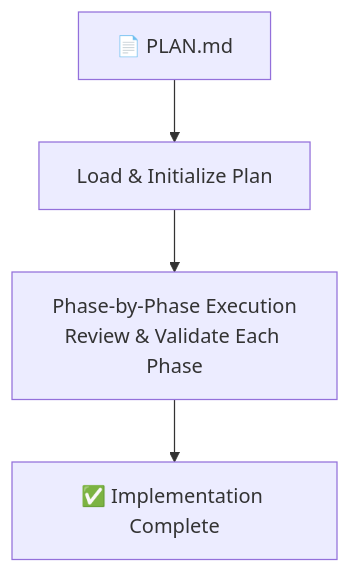
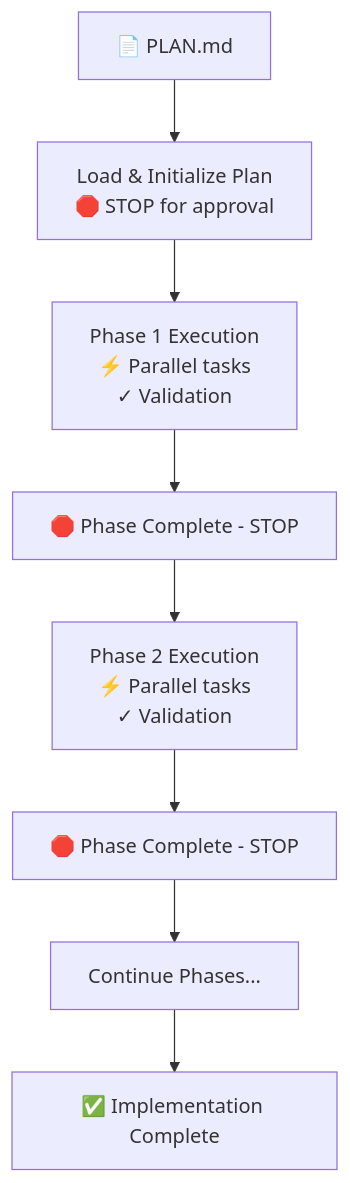
The second of 3 diagrams in README.md (rsmdt/the-startup), drawn with Mermaid before and after one commit. The commit also changed other lines of this file, not shown here.

````diff
--- a/README.md
+++ b/README.md
@@ -165,6 +224,10 @@
 ```mermaid
 flowchart TD
-    A[📄 PLAN.md] --> B[Load & Initialize Plan]
-    B --> C[Phase-by-Phase Execution<br/>Review & Validate Each Phase]
-    C --> D[✅ Implementation Complete]
+    A[📄 PLAN.md] --> B[Load & Initialize Plan<br/>🛑 STOP for approval]
+    B --> C[Phase 1 Execution<br/>⚡ Parallel tasks<br/>✓ Validation]
+    C --> D[🛑 Phase Complete - STOP]
+    D --> E[Phase 2 Execution<br/>⚡ Parallel tasks<br/>✓ Validation]
+    E --> F[🛑 Phase Complete - STOP]
+    F --> G[Continue Phases...]
+    G --> H[✅ Implementation Complete]
 ```
````
